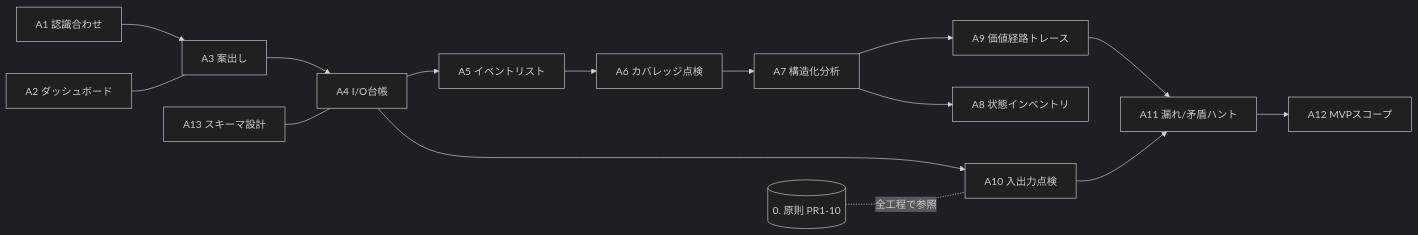
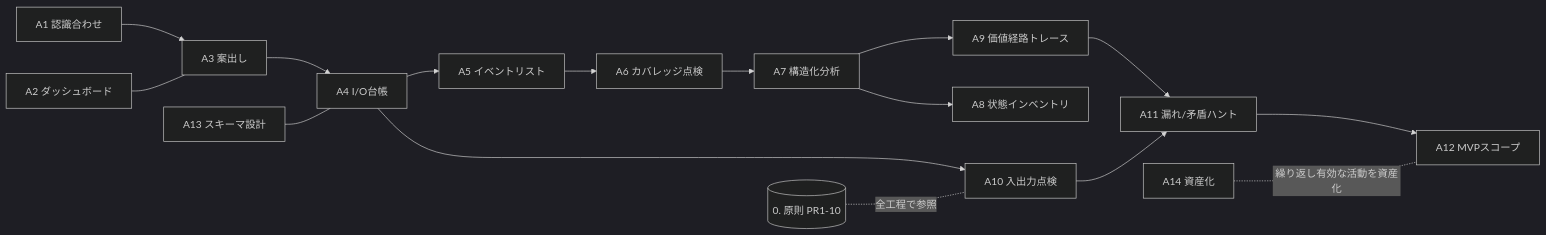
The diagram in docs/methods/method-inventory.md (hiratashinnya/review-system), drawn with Mermaid (dark theme) before and after one commit. The commit also changed other lines of this file and 4 other files, not shown here.

````diff
--- a/docs/methods/method-inventory.md
+++ b/docs/methods/method-inventory.md
@@ -141,17 +156,18 @@
 ```mermaid
 flowchart LR
   A1[A1 認識合わせ] --> A3[A3 案出し]
   A2[A2 ダッシュボード] --- A3
   A3 --> A4[A4 I/O台帳]
   A4 --> A5[A5 イベントリスト]
   A5 --> A6[A6 カバレッジ点検]
   A4 --> A10[A10 入出力点検]
   A6 --> A7[A7 構造化分析]
   A7 --> A8[A8 状態インベントリ]
   A7 --> A9[A9 価値経路トレース]
   A9 --> A11[A11 漏れ/矛盾ハント]
   A10 --> A11
   A11 --> A12[A12 MVPスコープ]
   A13[A13 スキーマ設計] --- A4
+  A14[A14 資産化] -.繰り返し有効な活動を資産化.- A12
   PR[(0. 原則 PR1-10)] -.全工程で参照.- A10
 ```
````
